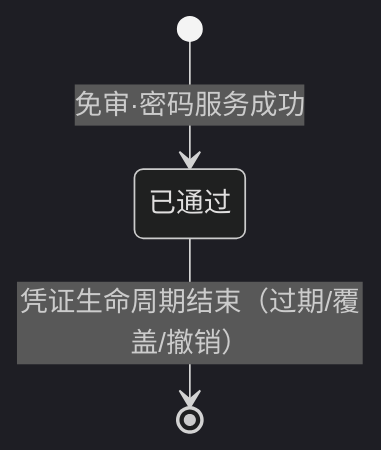
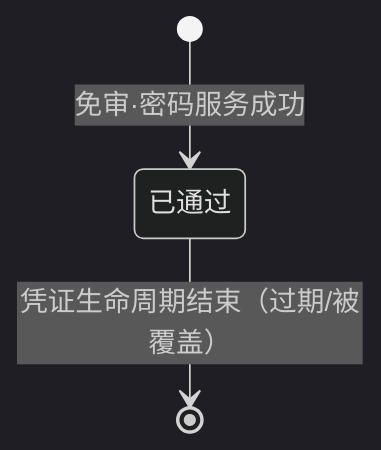
One commit to RobertHuang999/SYZC changed the second of 3 diagrams in 02-PRD文档/B-迭代需求/6.2版本（2026.08）/07-审批中心/03-业务审批/04-我的申请管理/04-开锁审批/开锁申请业务规则规格.md. Above: the diagram before and after it, drawn with Mermaid (dark theme). The commit also changed other lines of this file and 17 other files, not shown here.

````diff
--- a/02-PRD文档/B-迭代需求/6.2版本（2026.08）/07-审批中心/03-业务审批/04-我的申请管理/04-开锁审批/开锁申请业务规则规格.md
+++ b/02-PRD文档/B-迭代需求/6.2版本（2026.08）/07-审批中心/03-业务审批/04-我的申请管理/04-开锁审批/开锁申请业务规则规格.md
@@ -163,5 +160,5 @@
 ```mermaid
 stateDiagram-v2
     [*] --> 已通过 : 免审·密码服务成功
-    已通过 --> [*] : 凭证生命周期结束（过期/覆盖/撤销）
+    已通过 --> [*] : 凭证生命周期结束（过期/被覆盖）
 ```
````
